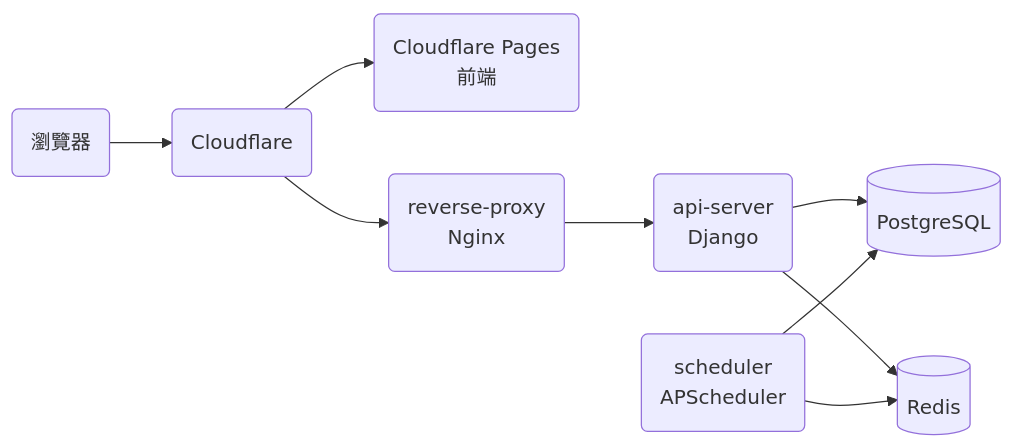
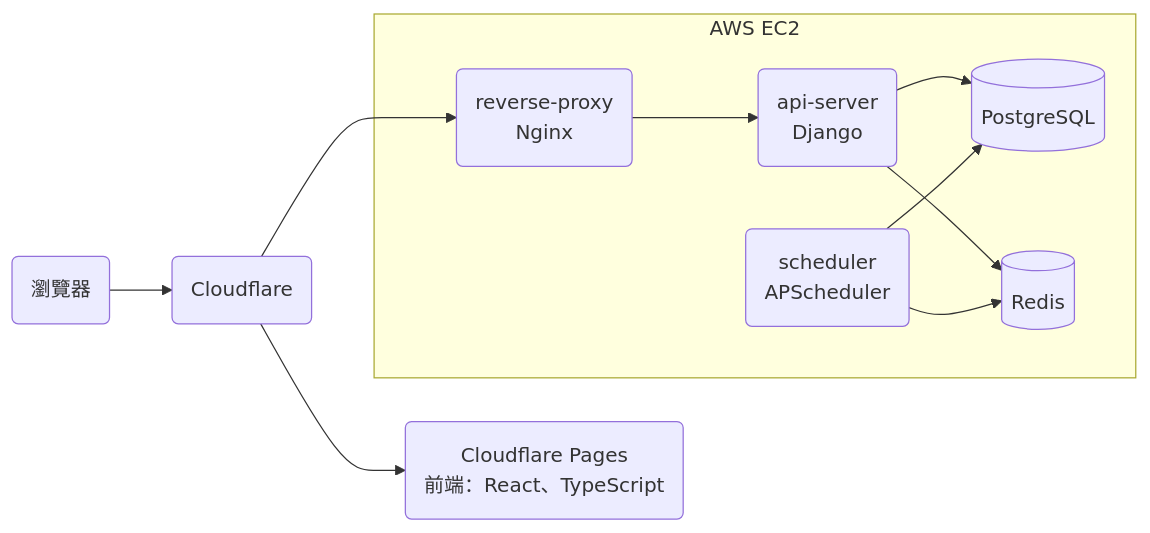
Before and after one commit to bingyangchen/taigu: the first of 3 diagrams in docs/specs/architecture.md, drawn with Mermaid. The commit also changed other lines of this file and 20 other files, not shown here.

````diff
--- a/docs/specs/architecture.md
+++ b/docs/specs/architecture.md
@@ -7,11 +7,13 @@
 ```mermaid
 flowchart LR
   browser("瀏覽器") --> cloudflare("Cloudflare")
-  cloudflare --> pages("Cloudflare Pages<br/>前端")
-  cloudflare --> proxy("reverse-proxy<br/>Nginx")
-  proxy --> api("api-server<br/>Django")
-  api --> db[("PostgreSQL")]
-  api --> redis[("Redis")]
-  scheduler("scheduler<br/>APScheduler") --> db
-  scheduler --> redis
+  cloudflare --> pages("Cloudflare Pages<br/>前端：React、TypeScript")
+  cloudflare --> proxy
+  subgraph ec2 ["AWS EC2"]
+    proxy("reverse-proxy<br/>Nginx") --> api("api-server<br/>Django")
+    api --> db[("PostgreSQL")]
+    api --> redis[("Redis")]
+    scheduler("scheduler<br/>APScheduler") --> db
+    scheduler --> redis
+  end
 ```
````
